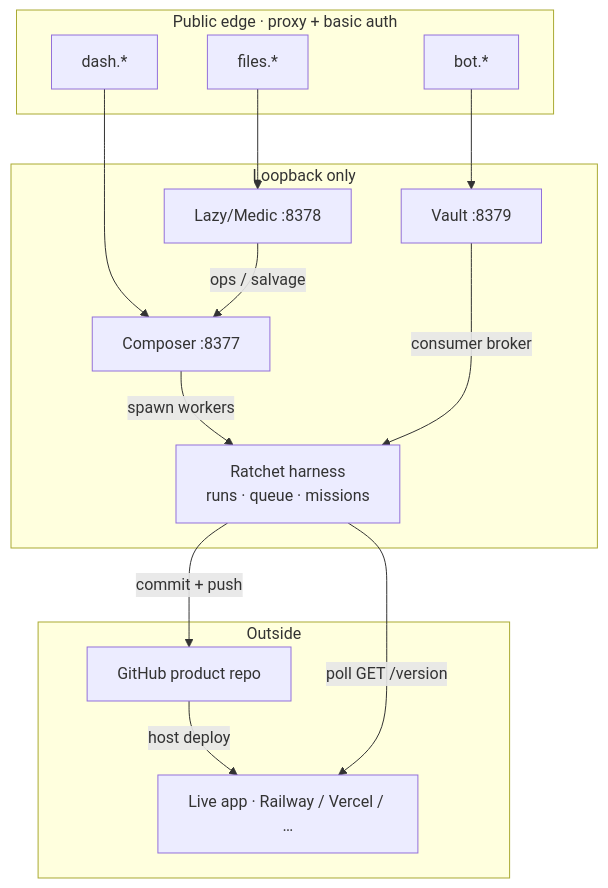
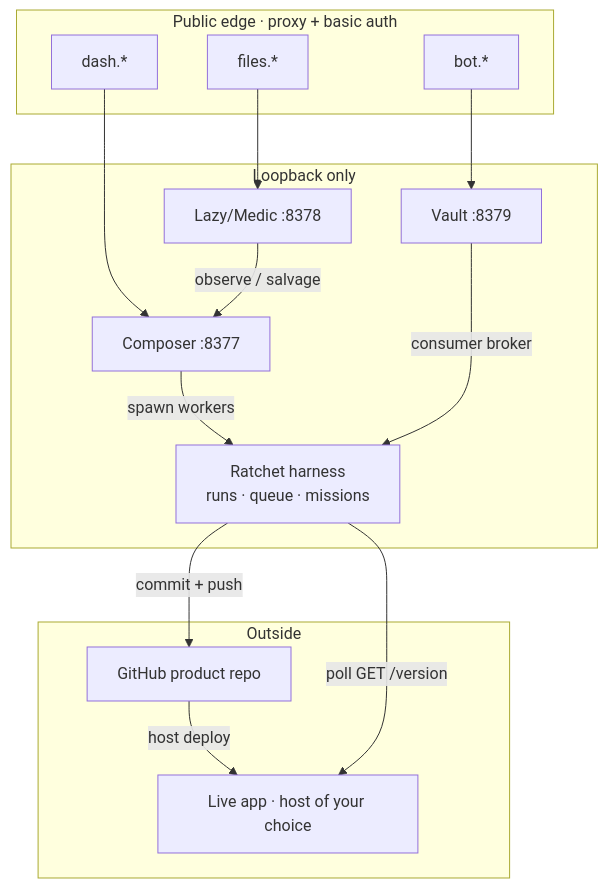
One commit to southu/vygo changed the first of 2 diagrams in content/vibe-coding/ratchet-guide/architecture.md. Above: the diagram before and after it, drawn with Mermaid. The commit also changed other lines of this file and 42 other files, not shown here.

````diff
--- a/content/vibe-coding/ratchet-guide/architecture.md
+++ b/content/vibe-coding/ratchet-guide/architecture.md
@@ -9,30 +9,30 @@
 ```mermaid
 flowchart TB
   subgraph edge [Public edge · proxy + basic auth]
     DASH[dash.*]
     FILES[files.*]
     BOT[bot.*]
   end
 
   subgraph loopback [Loopback only]
     C[Composer :8377]
     L[Lazy/Medic :8378]
     V[Vault :8379]
     H[Ratchet harness<br/>runs · queue · missions]
   end
 
   subgraph outside [Outside]
     GH[GitHub product repo]
-    LIVE[Live app · Railway / Vercel / …]
+    LIVE[Live app · host of your choice]
   end
 
   DASH --> C
   FILES --> L
   BOT --> V
   C -->|spawn workers| H
-  L -->|ops / salvage| C
+  L -->|observe / salvage| C
   V -->|consumer broker| H
   H -->|commit + push| GH
   GH -->|host deploy| LIVE
   H -->|poll GET /version| LIVE
 ```
````
